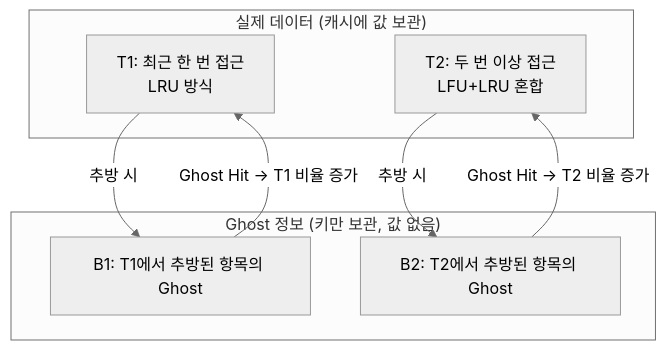
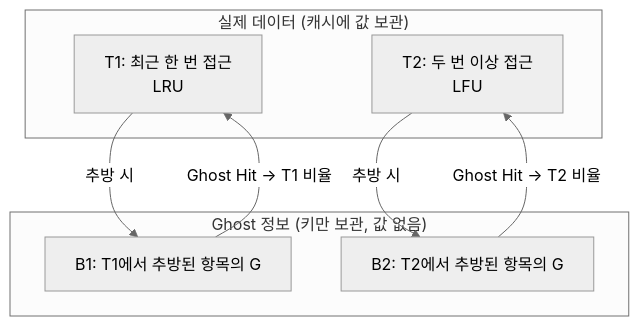
Before and after one commit to yjkim2015/yjkim2015.github.io: the fourth of 4 diagrams in _posts/localcache/2026-05-01-cache-eviction-algorithms.md, drawn with Mermaid (neutral theme). The commit also changed other lines of this file and 271 other files, not shown here.

First line of the commit message:
Mermaid 라벨 축소: 긴 노드 텍스트 18자 이하로 트림 + \n 제거

````diff
--- a/_posts/localcache/2026-05-01-cache-eviction-algorithms.md
+++ b/_posts/localcache/2026-05-01-cache-eviction-algorithms.md
@@ -506,15 +506,15 @@
 ```mermaid
 graph TD
     subgraph "실제 데이터 (캐시에 값 보관)"
-        T1["T1: 최근 한 번 접근\nLRU 방식"]
-        T2["T2: 두 번 이상 접근\nLFU+LRU 혼합"]
+        T1["T1: 최근 한 번 접근\nLRU"]
+        T2["T2: 두 번 이상 접근\nLFU"]
     end
     subgraph "Ghost 정보 (키만 보관, 값 없음)"
-        B1["B1: T1에서 추방된 항목의 Ghost"]
-        B2["B2: T2에서 추방된 항목의 Ghost"]
+        B1["B1: T1에서 추방된 항목의 G"]
+        B2["B2: T2에서 추방된 항목의 G"]
     end
     T1 -->|"추방 시"| B1
     T2 -->|"추방 시"| B2
-    B1 -->|"Ghost Hit → T1 비율 증가"| T1
-    B2 -->|"Ghost Hit → T2 비율 증가"| T2
+    B1 -->|"Ghost Hit → T1 비율"| T1
+    B2 -->|"Ghost Hit → T2 비율"| T2
 ```
````
